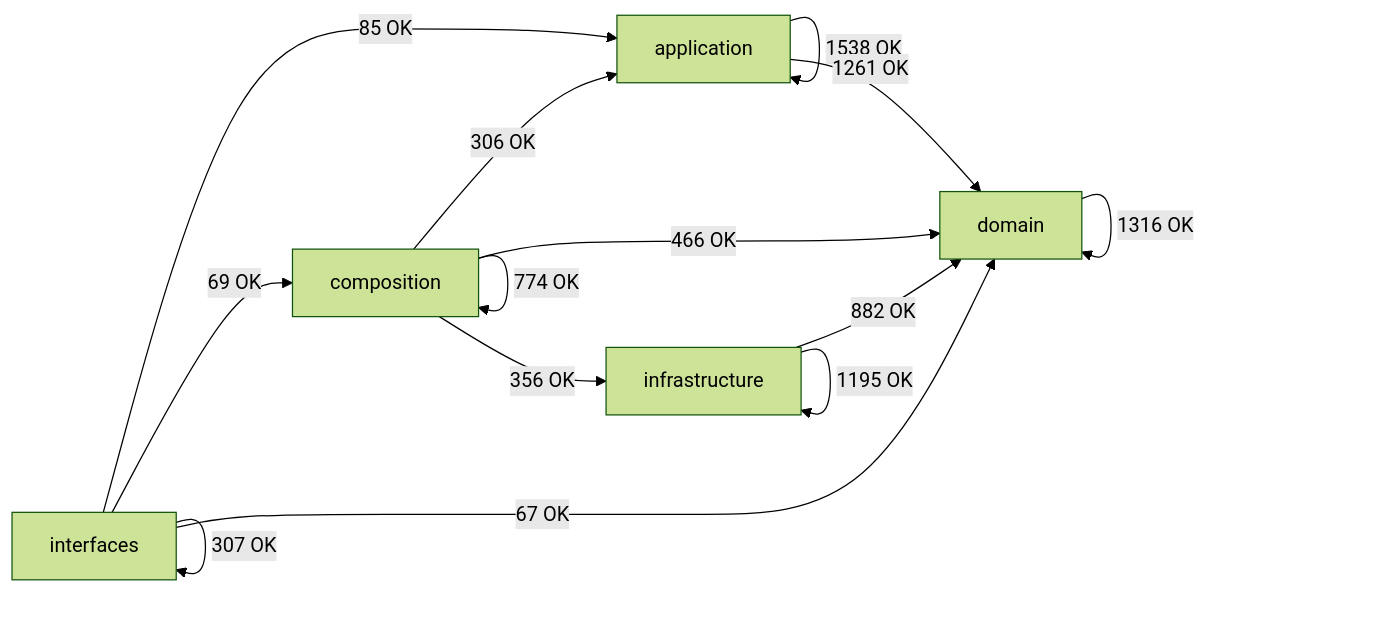
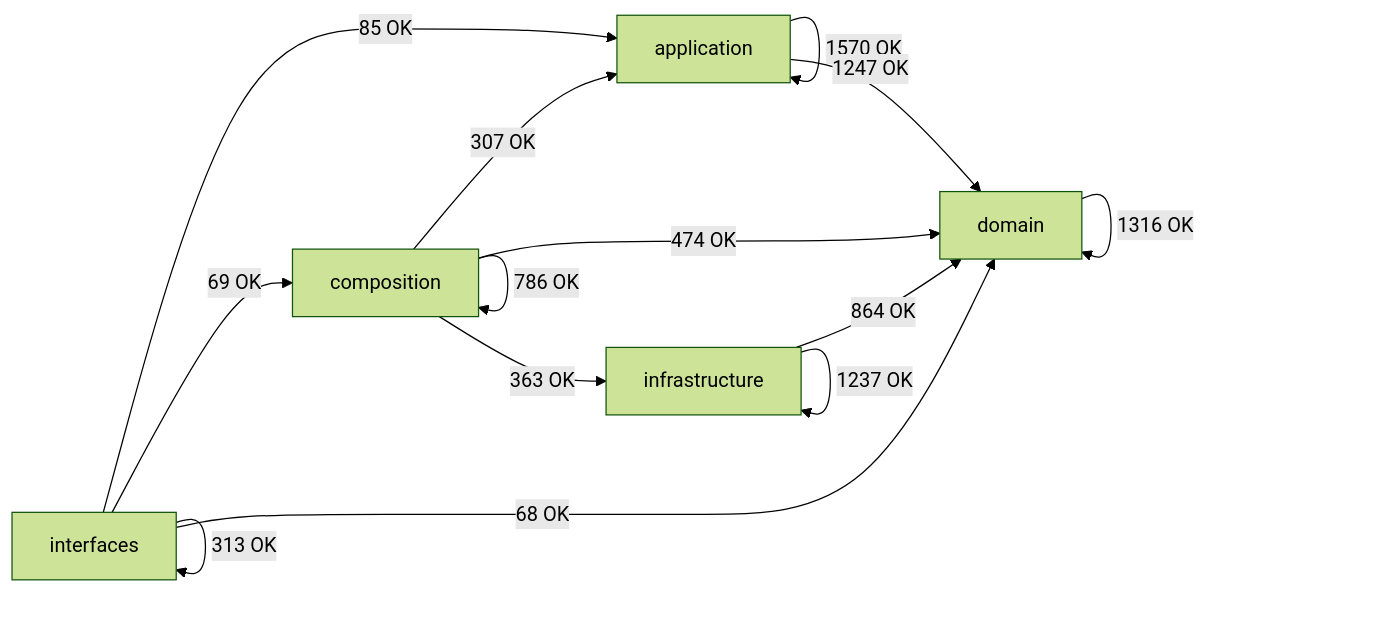
Before and after one commit to SatoryKono/BioactivityDataAcquisition: the diagram in docs/02-architecture/generated/module-dependency-map.md, drawn with Mermaid (forest theme). The commit also changed other lines of this file and 3 other files, not shown here.

````diff
--- a/docs/02-architecture/generated/module-dependency-map.md
+++ b/docs/02-architecture/generated/module-dependency-map.md
@@ -17,21 +17,21 @@
 ```mermaid
 flowchart LR
     domain[domain]
     application[application]
     infrastructure[infrastructure]
     composition[composition]
     interfaces[interfaces]
-    application -->|1538 OK| application
-    application -->|1261 OK| domain
-    composition -->|306 OK| application
-    composition -->|774 OK| composition
-    composition -->|466 OK| domain
-    composition -->|356 OK| infrastructure
+    application -->|1570 OK| application
+    application -->|1247 OK| domain
+    composition -->|307 OK| application
+    composition -->|786 OK| composition
+    composition -->|474 OK| domain
+    composition -->|363 OK| infrastructure
     domain -->|1316 OK| domain
-    infrastructure -->|882 OK| domain
-    infrastructure -->|1195 OK| infrastructure
+    infrastructure -->|864 OK| domain
+    infrastructure -->|1237 OK| infrastructure
     interfaces -->|85 OK| application
     interfaces -->|69 OK| composition
-    interfaces -->|67 OK| domain
-    interfaces -->|307 OK| interfaces
+    interfaces -->|68 OK| domain
+    interfaces -->|313 OK| interfaces
 ```
````
